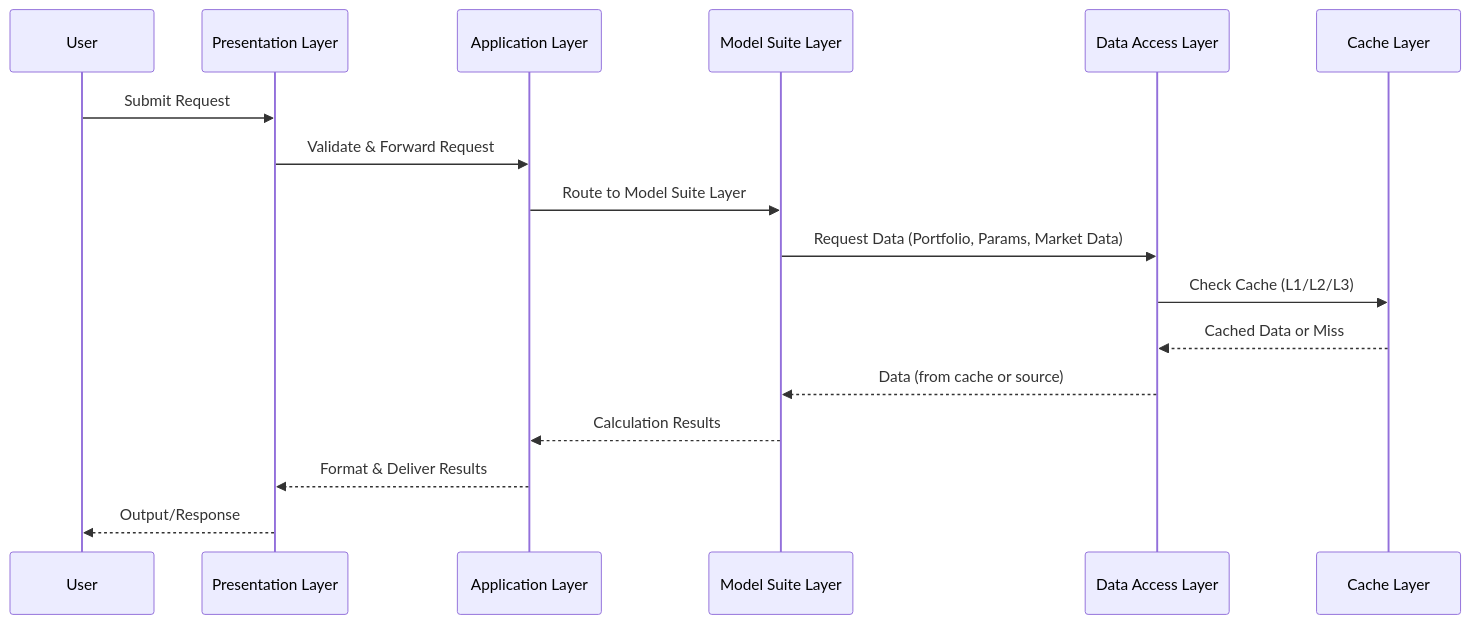
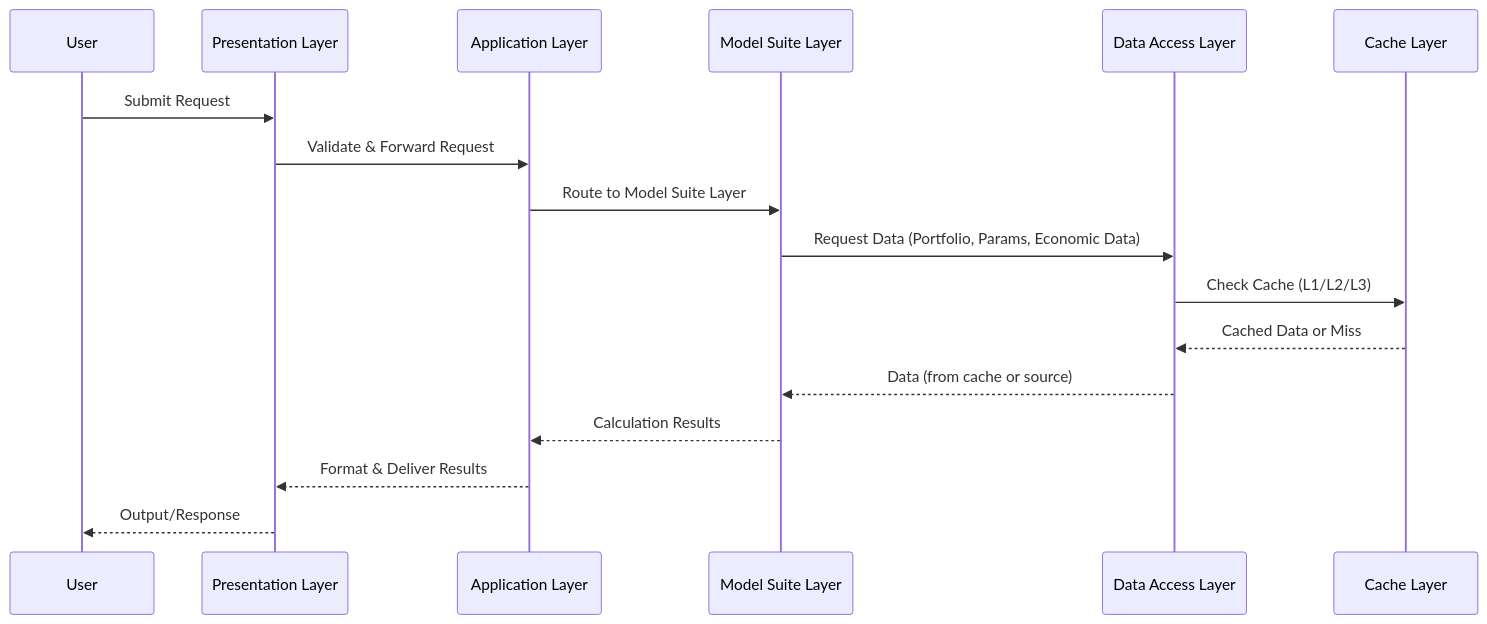
One commit to XudongSunSF/mbsval changed the diagram in design_1102.md. Above: the diagram before and after it, drawn with Mermaid.

Commit message:
Update data request to include Economic Data

````diff
--- a/design_1102.md
+++ b/design_1102.md
@@ -121,20 +121,20 @@
 ```mermaid
 sequenceDiagram
     participant U as User
     participant P as Presentation Layer
     participant A as Application Layer
     participant M as Model Suite Layer
     participant D as Data Access Layer
     participant C as Cache Layer
 
     U->>P: Submit Request
     P->>A: Validate & Forward Request
     A->>M: Route to Model Suite Layer
-    M->>D: Request Data (Portfolio, Params, Market Data)
+    M->>D: Request Data (Portfolio, Params, Economic Data)
     D->>C: Check Cache (L1/L2/L3)
     C-->>D: Cached Data or Miss
     D-->>M: Data (from cache or source)
     M-->>A: Calculation Results
     A-->>P: Format & Deliver Results
     P-->>U: Output/Response
 ```
````
